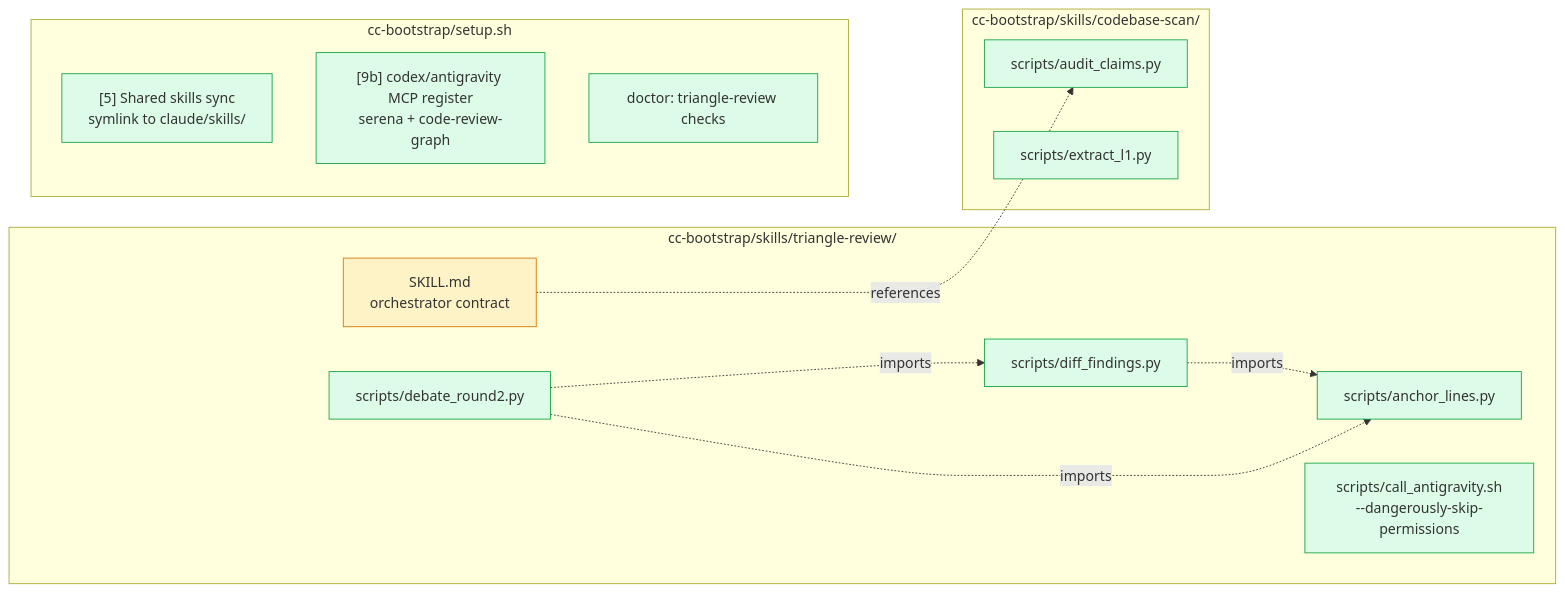
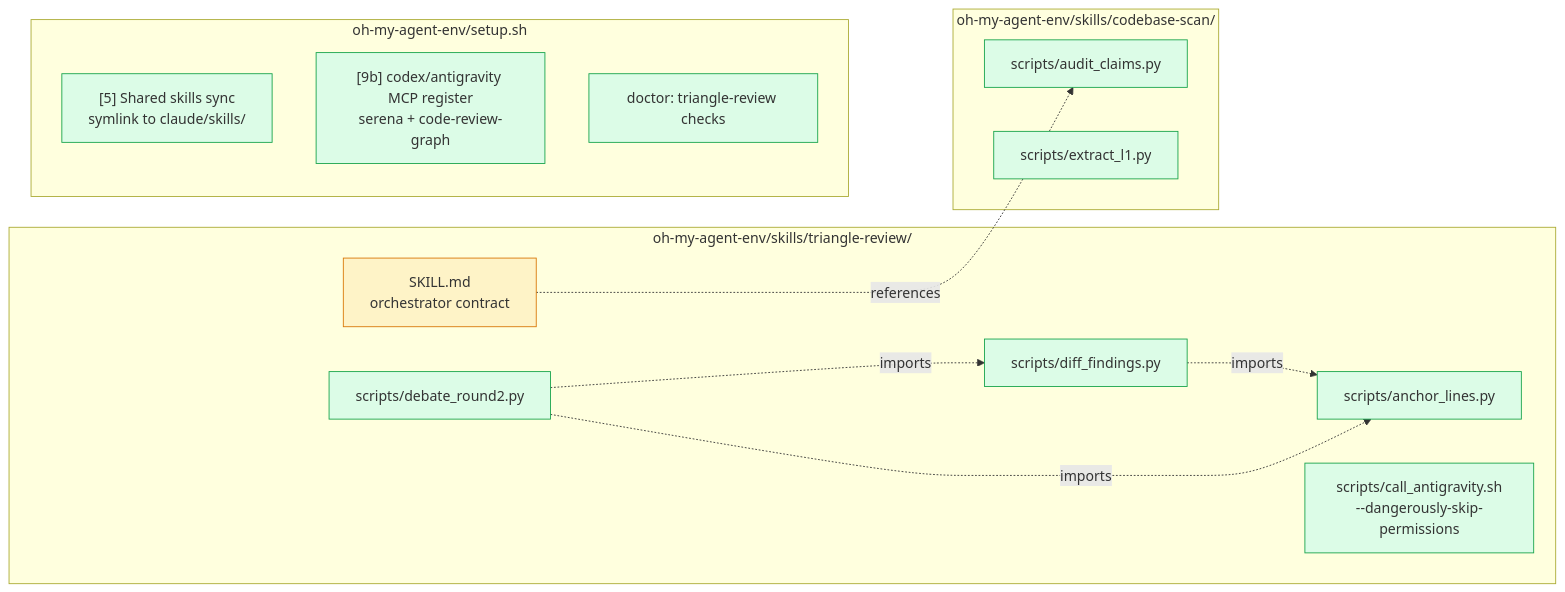
Before and after one commit to Byun-jinyoung/oh-my-agent-env: the fourth of 4 diagrams in skills/triangle-review/PIPELINE.md, drawn with Mermaid. The commit also changed other lines of this file and 13 other files, not shown here.

First line of the commit message:
chore: rename cc-bootstrap → oh-my-agent-env

````diff
--- a/skills/triangle-review/PIPELINE.md
+++ b/skills/triangle-review/PIPELINE.md
@@ -193,29 +193,29 @@
 ```mermaid
 flowchart LR
-    subgraph CC["cc-bootstrap/skills/triangle-review/"]
+    subgraph CC["oh-my-agent-env/skills/triangle-review/"]
         SKILL["SKILL.md<br/>orchestrator contract"]:::doc
         Anchor["scripts/anchor_lines.py"]:::script
         Diff["scripts/diff_findings.py"]:::script
         Debate["scripts/debate_round2.py"]:::script
         Antigravity["scripts/call_antigravity.sh<br/>--dangerously-skip-permissions"]:::script
     end
 
-    subgraph CB["cc-bootstrap/skills/codebase-scan/"]
+    subgraph CB["oh-my-agent-env/skills/codebase-scan/"]
         Audit["scripts/audit_claims.py"]:::script
         L1["scripts/extract_l1.py"]:::script
     end
 
-    subgraph Setup["cc-bootstrap/setup.sh"]
+    subgraph Setup["oh-my-agent-env/setup.sh"]
         Sync["[5] Shared skills sync<br/>symlink to claude/skills/"]:::script
         MCP["[9b] codex/antigravity MCP register<br/>serena + code-review-graph"]:::script
         Doctor["doctor: triangle-review checks"]:::script
     end
 
     Diff -. imports .-> Anchor
     Debate -. imports .-> Anchor
     Debate -. imports .-> Diff
     SKILL -. references .-> Audit
 
     classDef doc fill:#fef3c7,stroke:#d97706
     classDef script fill:#dcfce7,stroke:#16a34a
 ```
````
